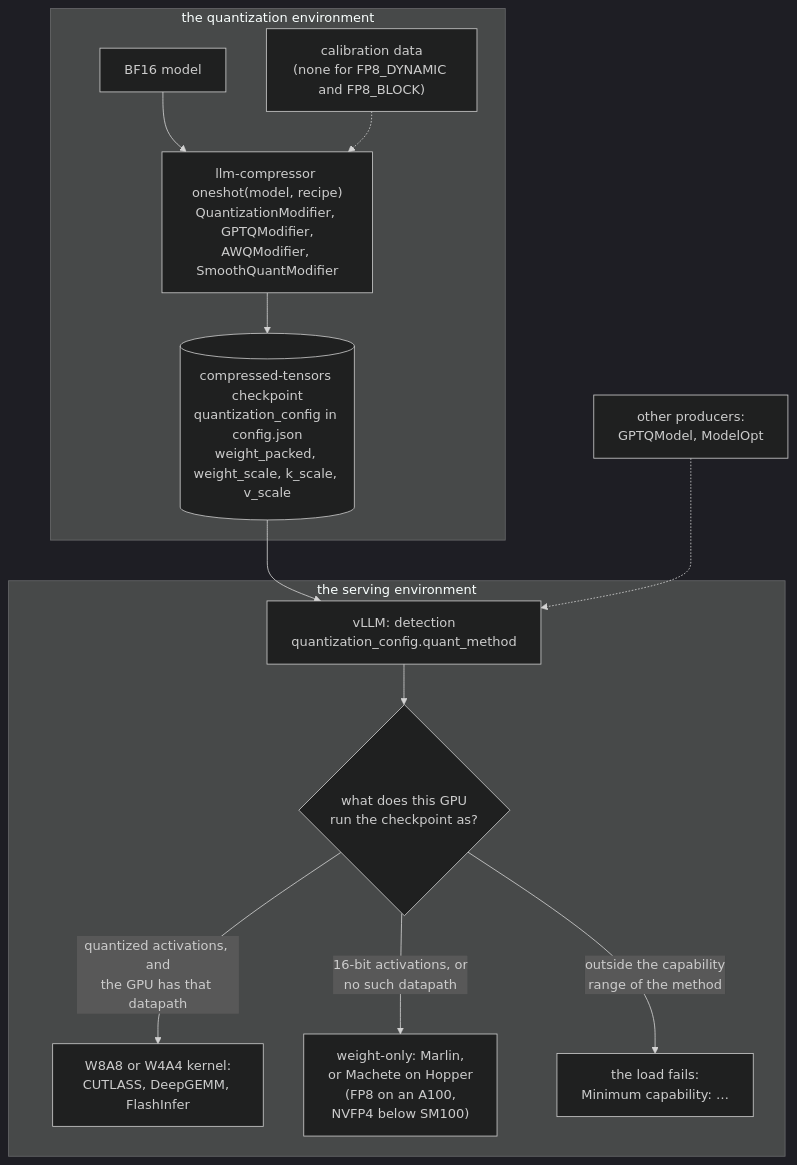
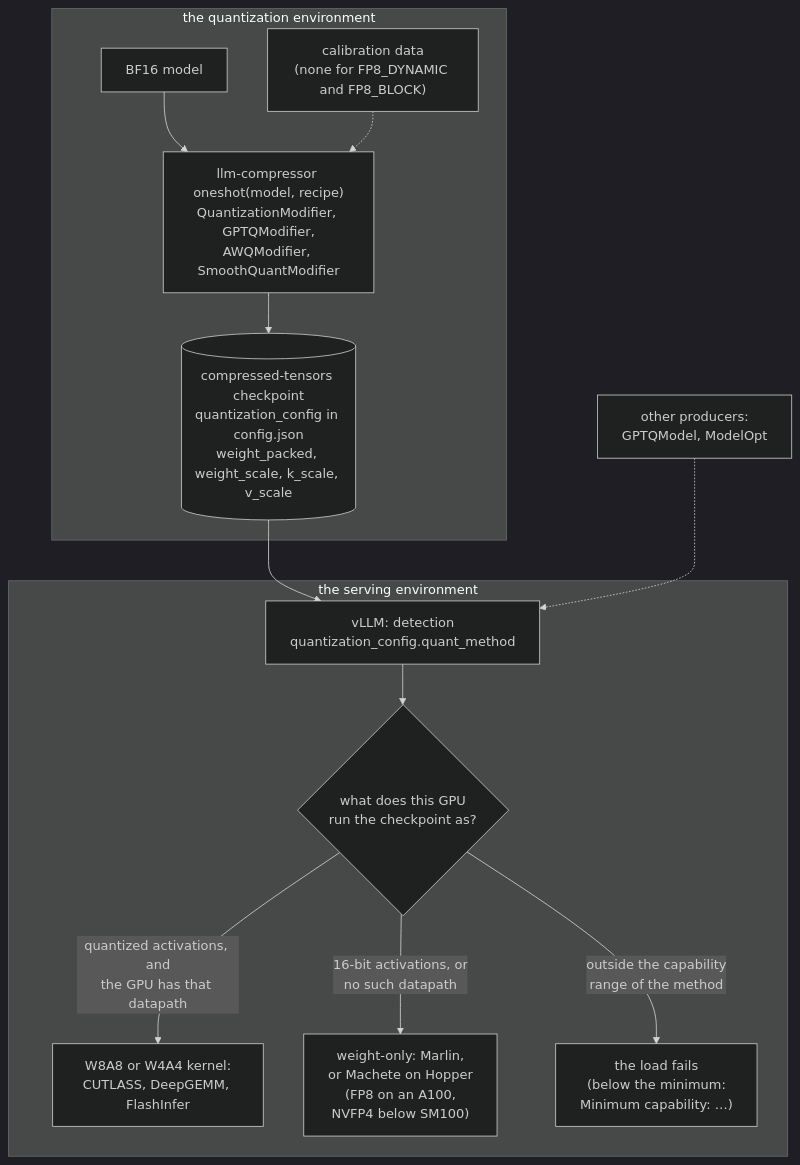
The first of 2 diagrams in 04-inference-engine/quantization/PRIMER.md (aniryou/full-stack-agentic-engineer), drawn with Mermaid (dark theme) before and after one commit. The commit also changed other lines of this file and 51 other files, not shown here.

````diff
--- a/04-inference-engine/quantization/PRIMER.md
+++ b/04-inference-engine/quantization/PRIMER.md
@@ -779,16 +779,16 @@
 ```mermaid
 flowchart TB
   subgraph Q["the quantization environment"]
     M["BF16 model"] --> O["llm-compressor oneshot(model, recipe)<br/>QuantizationModifier, GPTQModifier,<br/>AWQModifier, SmoothQuantModifier"]
     C["calibration data<br/>(none for FP8_DYNAMIC and FP8_BLOCK)"] -.-> O
     O --> K[("compressed-tensors checkpoint<br/>quantization_config in config.json<br/>weight_packed, weight_scale, k_scale, v_scale")]
   end
   subgraph S["the serving environment"]
     V["vLLM: detection<br/>quantization_config.quant_method"] --> G{"what does this GPU<br/>run the checkpoint as?"}
     G -->|"quantized activations, and<br/>the GPU has that datapath"| N["W8A8 or W4A4 kernel:<br/>CUTLASS, DeepGEMM, FlashInfer"]
     G -->|"16-bit activations, or<br/>no such datapath"| W["weight-only: Marlin,<br/>or Machete on Hopper<br/>(FP8 on an A100,<br/>NVFP4 below SM100)"]
-    G -->|"outside the capability<br/>range of the method"| E["the load fails:<br/>Minimum capability: …"]
+    G -->|"outside the capability<br/>range of the method"| E["the load fails<br/>(below the minimum:<br/>Minimum capability: …)"]
   end
   K --> V
   P["other producers:<br/>GPTQModel, ModelOpt"] -.-> V
 ```
````
